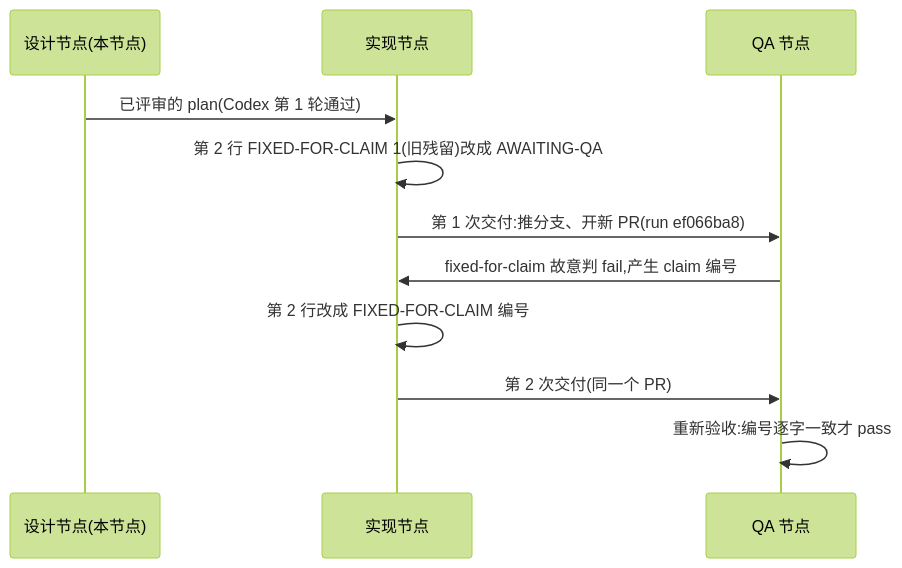
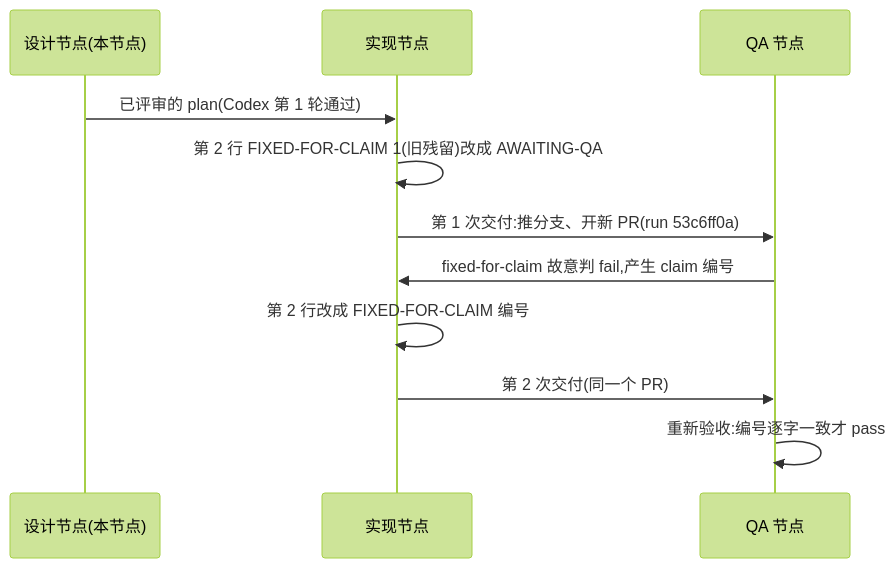
Before and after one commit to xrliAnnie/flywheel-qa-sandbox: the diagram in engineering/doc/FLY-3226-real-runner-drill/d1-core-flow.mmd, drawn with Mermaid (forest theme). The commit also changed 4 other files, not shown here.

```diff
--- a/engineering/doc/FLY-3226-real-runner-drill/d1-core-flow.mmd
+++ b/engineering/doc/FLY-3226-real-runner-drill/d1-core-flow.mmd
@@ -1,11 +1,11 @@
 sequenceDiagram
     participant D as 设计节点(本节点)
     participant I as 实现节点
     participant Q as QA 节点
     D->>I: 已评审的 plan(Codex 第 1 轮通过)
     I->>I: 第 2 行 FIXED-FOR-CLAIM 1(旧残留)改成 AWAITING-QA
-    I->>Q: 第 1 次交付:推分支、开新 PR(run ef066ba8)
+    I->>Q: 第 1 次交付:推分支、开新 PR(run 53c6ff0a)
     Q->>I: fixed-for-claim 故意判 fail,产生 claim 编号
     I->>I: 第 2 行改成 FIXED-FOR-CLAIM 编号
     I->>Q: 第 2 次交付(同一个 PR)
     Q->>Q: 重新验收:编号逐字一致才 pass
```
